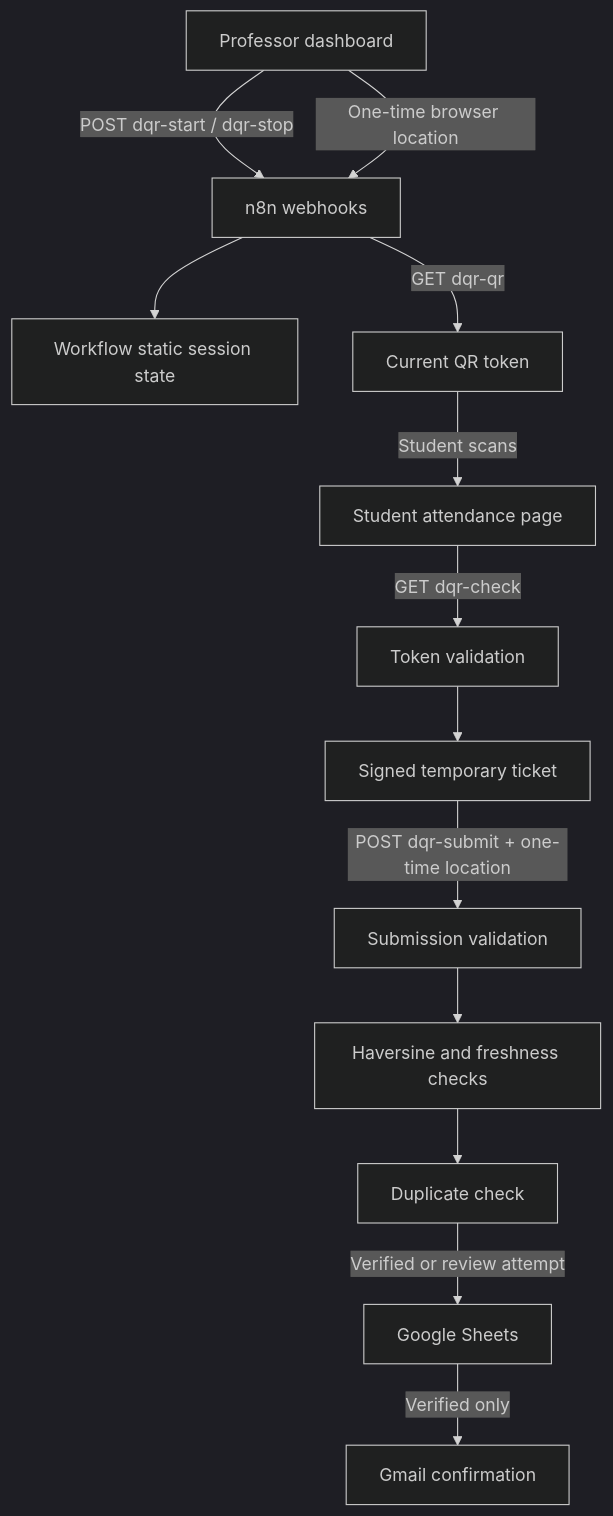
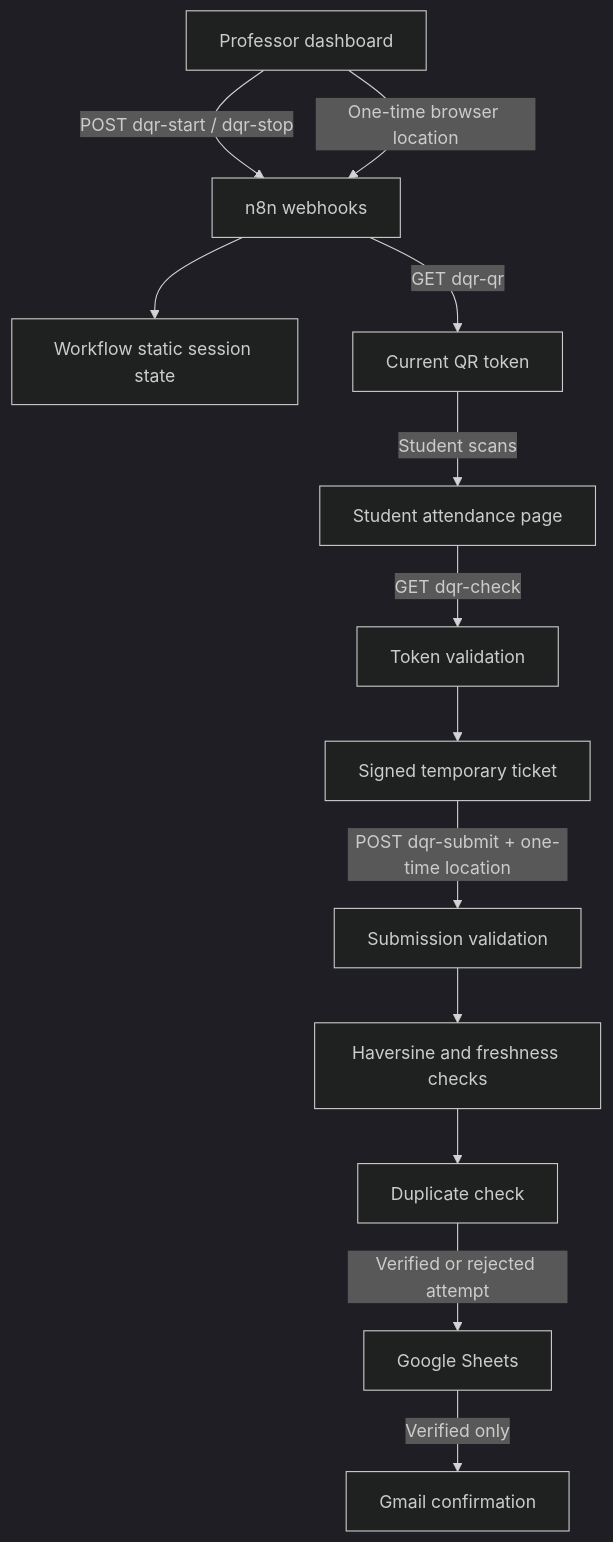
Before and after one commit to Abdelrahman-Noaman/dynamic-qr-attendance: the diagram in docs/architecture.md, drawn with Mermaid (dark theme). The commit also changed other lines of this file and 11 other files, not shown here.

````diff
--- a/docs/architecture.md
+++ b/docs/architecture.md
@@ -7,15 +7,15 @@
 ```mermaid
 flowchart TD
     P[Professor dashboard] -->|POST dqr-start / dqr-stop| N[n8n webhooks]
     N --> S[Workflow static session state]
     P -->|One-time browser location| N
     N -->|GET dqr-qr| Q[Current QR token]
     Q -->|Student scans| ST[Student attendance page]
     ST -->|GET dqr-check| V[Token validation]
     V --> T[Signed temporary ticket]
     T -->|POST dqr-submit + one-time location| SV[Submission validation]
     SV --> L[Haversine and freshness checks]
     L --> D[Duplicate check]
-    D -->|Verified or review attempt| G[Google Sheets]
+    D -->|Verified or rejected attempt| G[Google Sheets]
     G -->|Verified only| M[Gmail confirmation]
 ```
````
